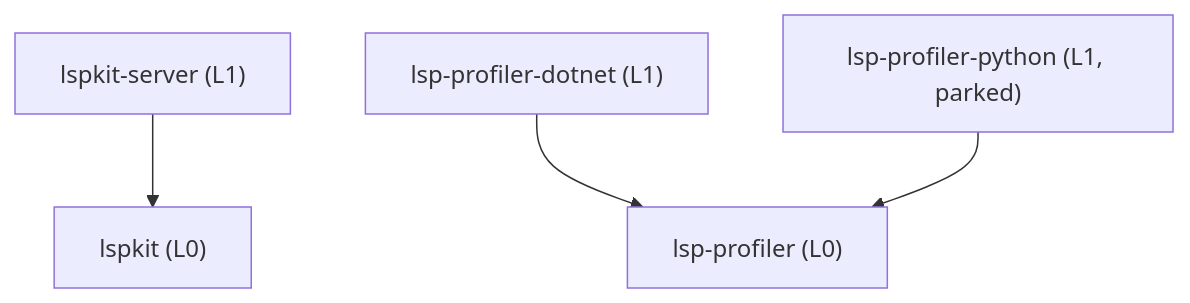
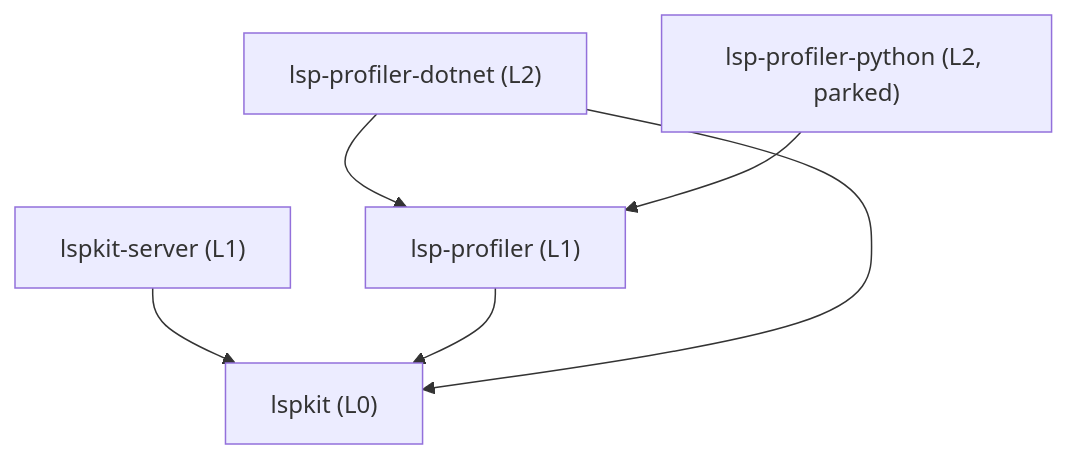
The diagram in docs/specs/lspkit-spec.md (Nimblesite/lspkit), drawn with Mermaid before and after one commit. The commit also changed other lines of this file and 58 other files, not shown here.

````diff
--- a/docs/specs/lspkit-spec.md
+++ b/docs/specs/lspkit-spec.md
@@ -42,6 +43,8 @@
 ```mermaid
 flowchart TD
     lspkit-server["lspkit-server (L1)"] --> lspkit["lspkit (L0)"]
-    lsp-profiler-dotnet["lsp-profiler-dotnet (L1)"] --> lsp-profiler["lsp-profiler (L0)"]
-    lsp-profiler-python["lsp-profiler-python (L1, parked)"] --> lsp-profiler
+    lsp-profiler["lsp-profiler (L1)"] --> lspkit
+    lsp-profiler-dotnet["lsp-profiler-dotnet (L2)"] --> lsp-profiler
+    lsp-profiler-dotnet --> lspkit
+    lsp-profiler-python["lsp-profiler-python (L2, parked)"] --> lsp-profiler
 ```
````
